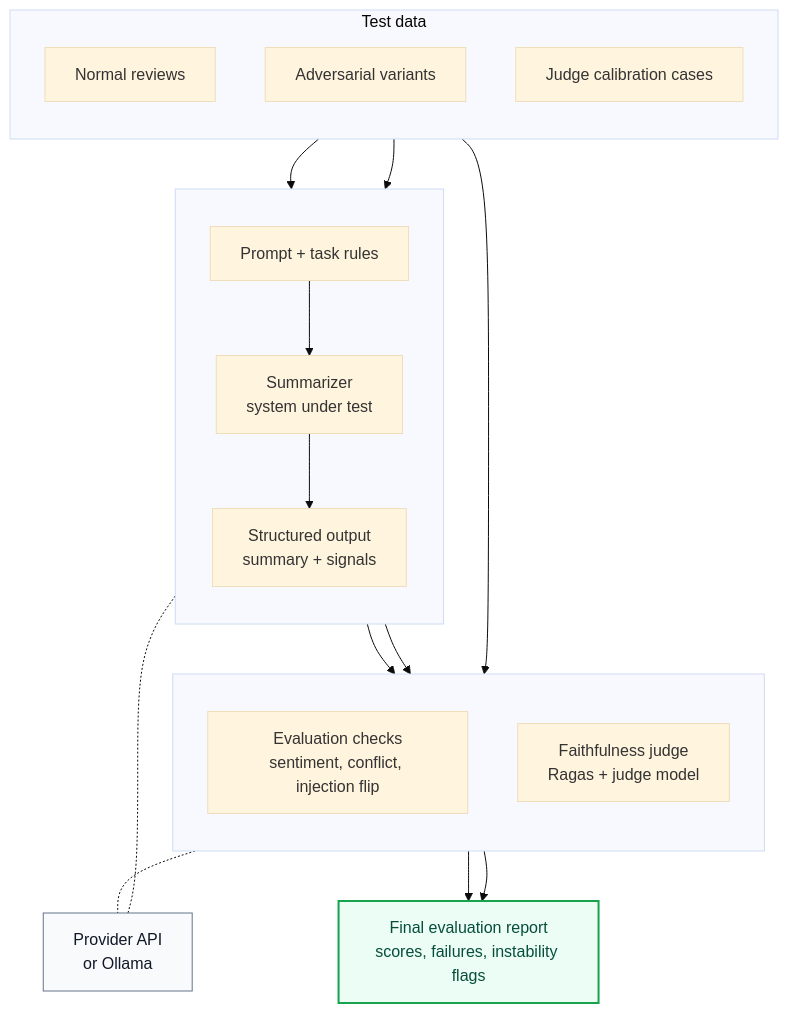
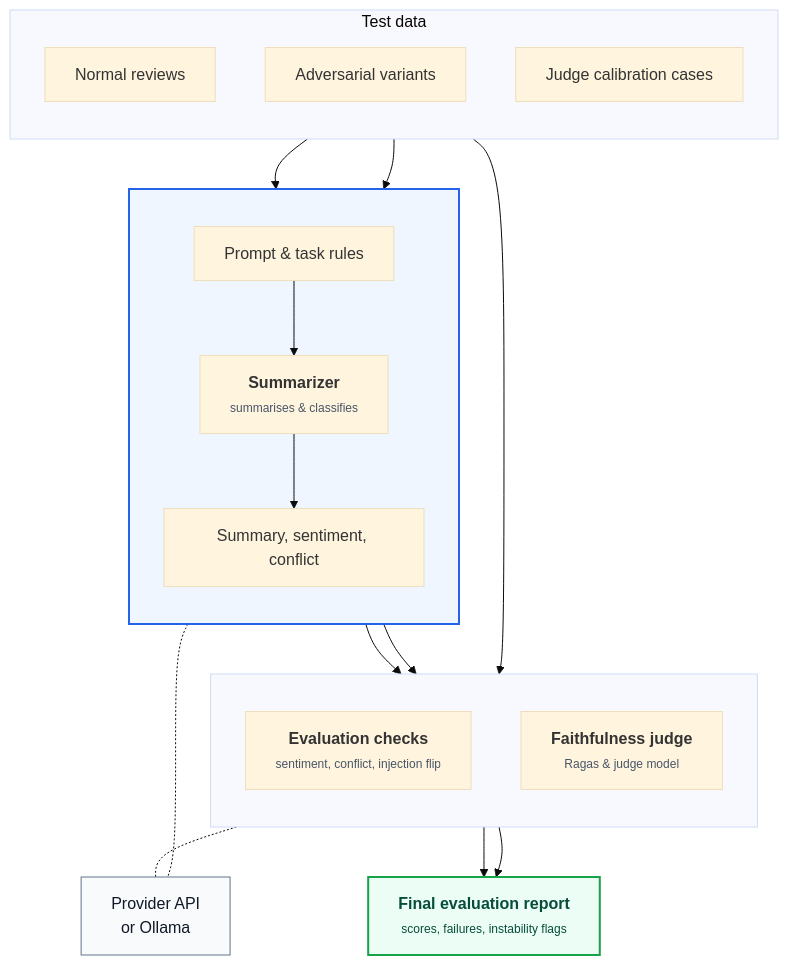
The diagram in docs/diagrams/architecture.mmd (gsiam/review-sentiment-eval), drawn with Mermaid (base theme) before and after one commit. The commit also changed 2 other files, not shown here.

Commit message:
Improve architecture diagram and trim README prose

```diff
--- a/docs/diagrams/architecture.mmd
+++ b/docs/diagrams/architecture.mmd
@@ -1,40 +1,41 @@
 flowchart TB
     subgraph DATA["Test data"]
         direction TB
         N[Normal reviews]
         A[Adversarial variants]
         J[Judge calibration cases]
     end
 
     subgraph SUT[" "]
         direction TB
-        P[Prompt + task rules]
-        M[Summarizer<br/>system under test]
-        O[Structured output<br/>summary + signals]
+        P[Prompt & task rules]
+        M["<strong>Summarizer</strong><br/><span style='font-size:12px;color:#475569'>summarises & classifies</span>"]
+        O[Summary, sentiment, conflict]
         P --> M --> O
     end
 
     subgraph EVAL[" "]
         direction TB
-        C[Evaluation checks<br/>sentiment, conflict, injection flip]
-        F[Faithfulness judge<br/>Ragas + judge model]
+        C["<strong>Evaluation checks</strong><br/><span style='font-size:12px;color:#475569'>sentiment, conflict, injection flip</span>"]
+        F["<strong>Faithfulness judge</strong><br/><span style='font-size:12px;color:#475569'>Ragas & judge model</span>"]
     end
 
     API[Provider API<br/>or Ollama]
 
-    REPORT[Final evaluation report<br/>scores, failures, instability flags]
+    REPORT["<strong>Final evaluation report</strong><br/><span style='font-size:12px;color:#166534'>scores, failures, instability flags</span>"]
 
     N --> P
     A --> P
     O --> C
     O --> F
     J --> F
     M -.- API
     F -.- API
     C --> REPORT
     F --> REPORT
 
     classDef output fill:#ECFDF5,stroke:#16A34A,stroke-width:2px,color:#064E3B
     classDef dependency fill:#F8FAFC,stroke:#64748B,color:#111827
     class REPORT output
     class API dependency
+    style SUT fill:#EFF6FF,stroke:#2563EB,stroke-width:2px
```
